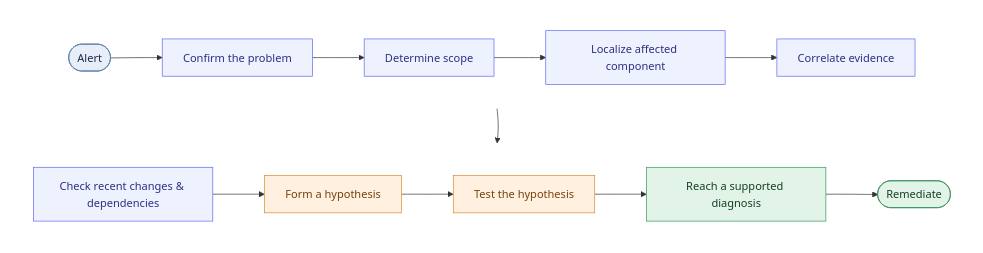
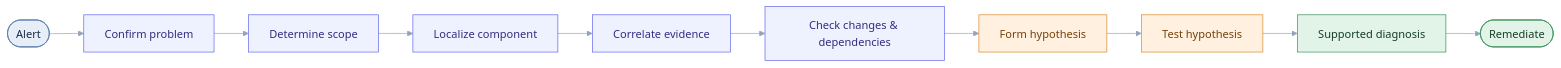
The first of 5 diagrams in README.md (TechieWebAI/incident-investigation-research), drawn with Mermaid before and after one commit. The commit also changed other lines of this file, not shown here.

Commit message:
Add incident investigation research

````diff
--- a/README.md
+++ b/README.md
@@ -348,28 +348,24 @@
 ```mermaid
-flowchart TB
-    subgraph TOP[" "]
-        direction LR
-        A(["Alert"]) --> B["Confirm the problem"] --> C["Determine scope"] --> D["Localize affected component"] --> E["Correlate evidence"]
-    end
-
-    subgraph BOTTOM[" "]
-        direction LR
-        F["Check recent changes & dependencies"] --> G["Form a hypothesis"] --> H["Test the hypothesis"] --> I["Reach a supported diagnosis"] --> J(["Remediate"])
-    end
-
-    E ~~~ F
-    E --> F
+flowchart LR
+    A(["Alert"]) --> B["Confirm problem"]
+    B --> C["Determine scope"]
+    C --> D["Localize component"]
+    D --> E["Correlate evidence"]
+    E --> F["Check changes & dependencies"]
+    F --> G["Form hypothesis"]
+    G --> H["Test hypothesis"]
+    H --> I["Supported diagnosis"]
+    I --> J(["Remediate"])
 
     classDef start fill:#e8eef7,stroke:#5479a8,color:#172b4d
     classDef investigate fill:#eef2ff,stroke:#6366f1,color:#312e81
     classDef hypothesis fill:#fff0df,stroke:#d98a32,color:#75420d
     classDef finish fill:#e2f4e8,stroke:#39915b,color:#163d27
 
     class A start
     class B,C,D,E,F investigate
     class G,H hypothesis
     class I,J finish
 
-    style TOP fill:transparent,stroke:transparent
-    style BOTTOM fill:transparent,stroke:transparent
+    linkStyle default stroke:#94a3b8
 ```
````
